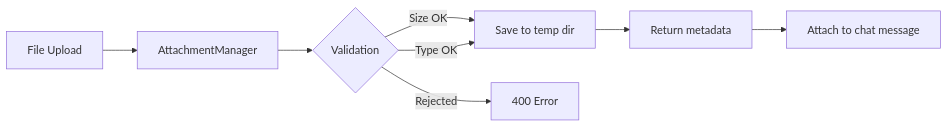
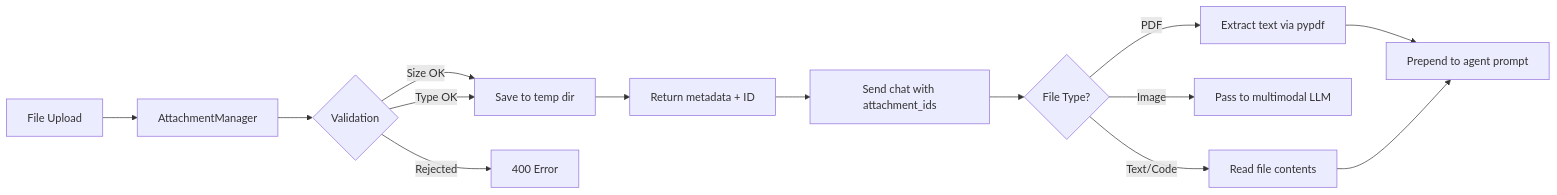
One commit to MervinPraison/PraisonAIUI changed the diagram in docs/features/attachments.md. Above: the diagram before and after it, drawn with Mermaid. The commit also changed other lines of this file and 8 other files, not shown here.

````diff
--- a/docs/features/attachments.md
+++ b/docs/features/attachments.md
@@ -18,10 +26,16 @@
 ```mermaid
 graph LR
     A["File Upload"] --> B["AttachmentManager"]
     B --> C{"Validation"}
     C -->|"Size OK"| D["Save to temp dir"]
     C -->|"Type OK"| D
     C -->|"Rejected"| E["400 Error"]
-    D --> F["Return metadata"]
-    F --> G["Attach to chat message"]
+    D --> F["Return metadata + ID"]
+    F --> G["Send chat with attachment_ids"]
+    G --> H{"File Type?"}
+    H -->|"PDF"| I["Extract text via pypdf"]
+    H -->|"Image"| J["Pass to multimodal LLM"]
+    H -->|"Text/Code"| K["Read file contents"]
+    I --> L["Prepend to agent prompt"]
+    K --> L
 ```
````
